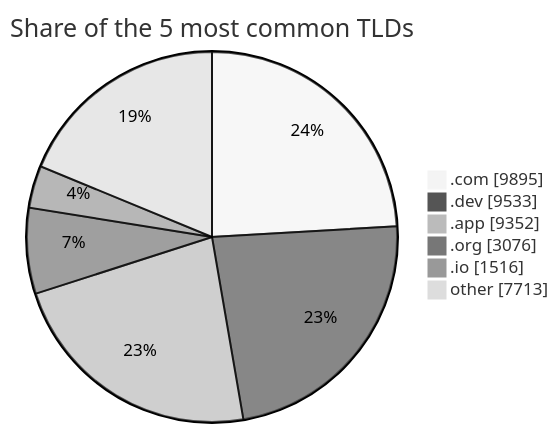
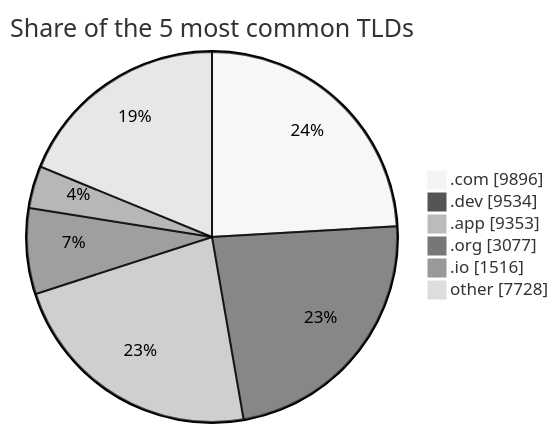
One commit to DNSBunker/CTI changed the third of 3 diagrams in README.md. Above: the diagram before and after it, drawn with Mermaid (neutral theme). The commit also changed other lines of this file and 3 other files, not shown here.

````diff
--- a/README.md
+++ b/README.md
@@ -81,9 +81,9 @@
 ```mermaid
 pie showData title Share of the 5 most common TLDs
-    ".com" : 9895
-    ".dev" : 9533
-    ".app" : 9352
-    ".org" : 3076
+    ".com" : 9896
+    ".dev" : 9534
+    ".app" : 9353
+    ".org" : 3077
     ".io" : 1516
-    "other" : 7713
+    "other" : 7728
 ```
````
